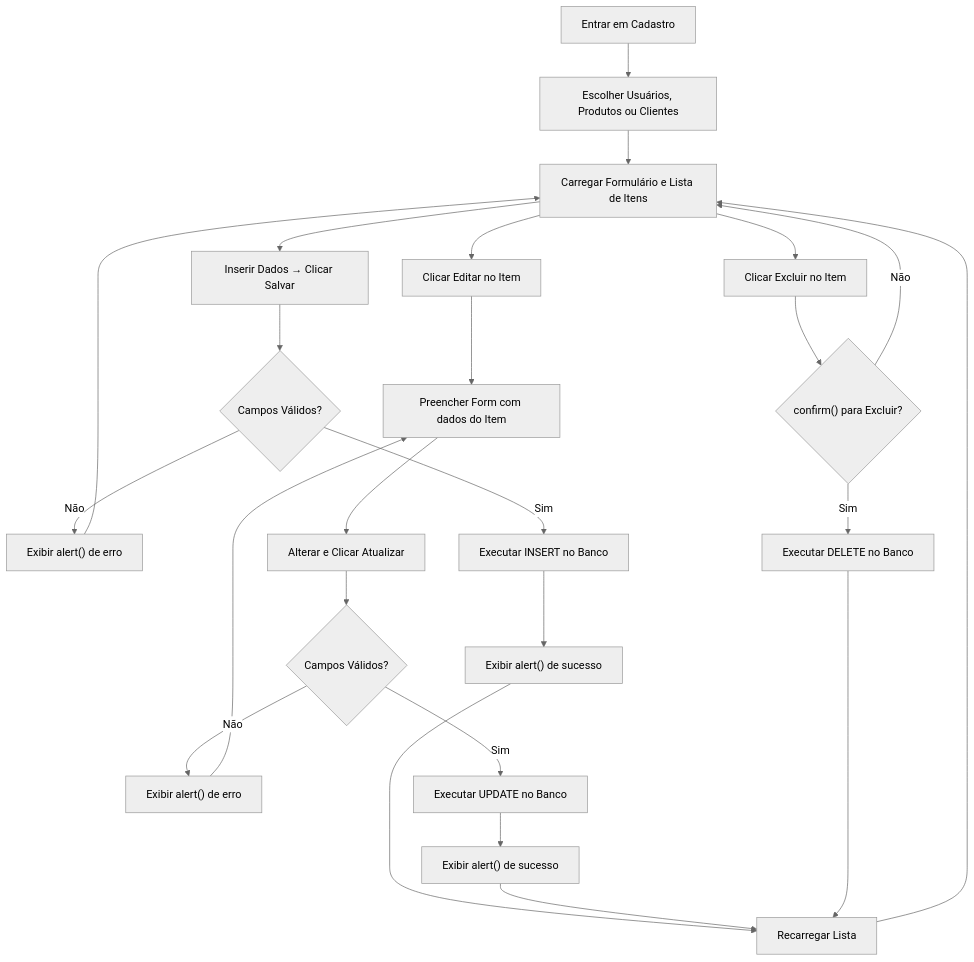
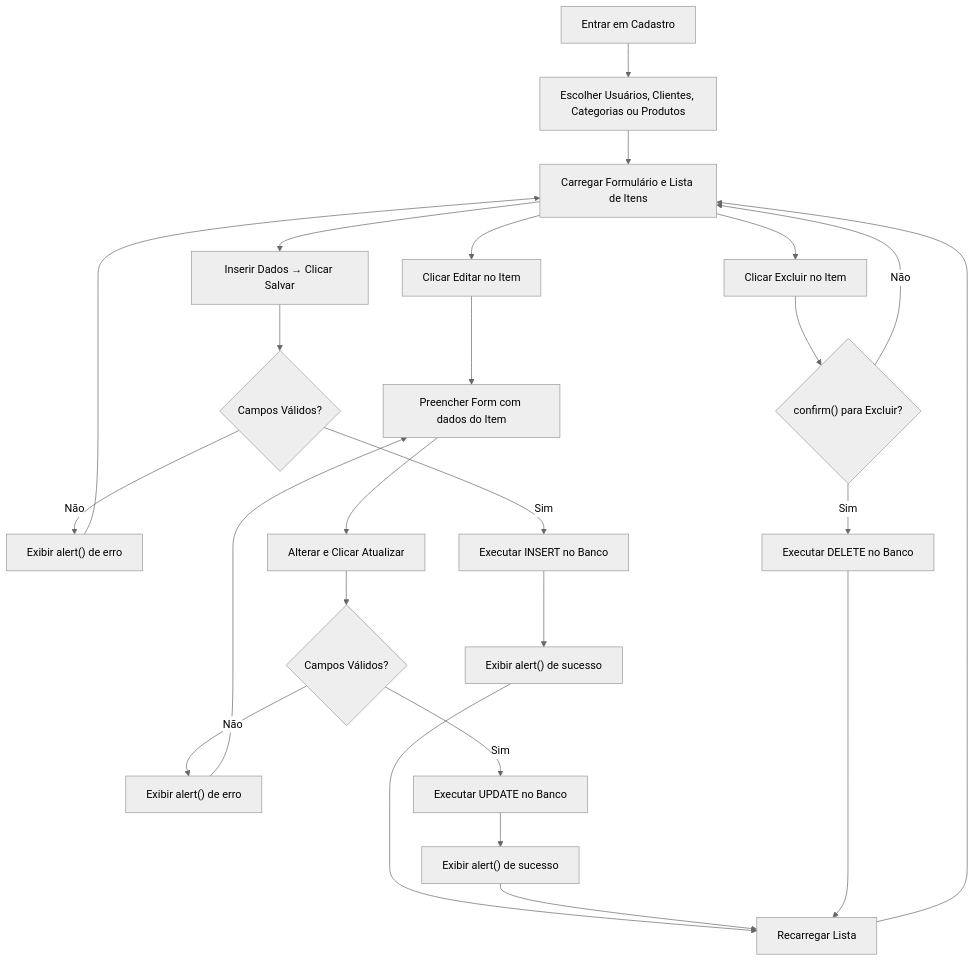
Before and after one commit to EduardoHenrrykSimonato/sistema-gestao-comercial: the sixth of 9 diagrams in documentacao/DIAGRAMAS.md, drawn with Mermaid (neutral theme). The commit also changed other lines of this file and 25 other files, not shown here.

````diff
--- a/documentacao/DIAGRAMAS.md
+++ b/documentacao/DIAGRAMAS.md
@@ -233,22 +254,22 @@
 ```mermaid
 flowchart TD
-    Start["Entrar em Cadastro"] --> Menu["Escolher Usuários, Produtos ou Clientes"]
+    Start["Entrar em Cadastro"] --> Menu["Escolher Usuários, Clientes, Categorias ou Produtos"]
     Menu --> Form["Carregar Formulário e Lista de Itens"]
     Form --> Add["Inserir Dados → Clicar Salvar"]
     Add --> Valid{"Campos Válidos?"}
     Valid -- Não --> Alert["Exibir alert() de erro"] --> Form
     Valid -- Sim --> Query["Executar INSERT no Banco"]
     Query --> AlertSuccess["Exibir alert() de sucesso"] --> Refresh["Recarregar Lista"] --> Form
 
     Form --> Edit["Clicar Editar no Item"]
     Edit --> FillForm["Preencher Form com dados do Item"] --> EditSave["Alterar e Clicar Atualizar"]
     EditSave --> ValidEdit{"Campos Válidos?"}
     ValidEdit -- Não --> AlertEdit["Exibir alert() de erro"] --> FillForm
     ValidEdit -- Sim --> QueryUpdate["Executar UPDATE no Banco"]
     QueryUpdate --> AlertEditSuccess["Exibir alert() de sucesso"] --> Refresh
 
     Form --> Del["Clicar Excluir no Item"]
     Del --> Confirm{"confirm() para Excluir?"}
     Confirm -- Não --> Form
     Confirm -- Sim --> QueryDel["Executar DELETE no Banco"] --> Refresh
 ```
````
